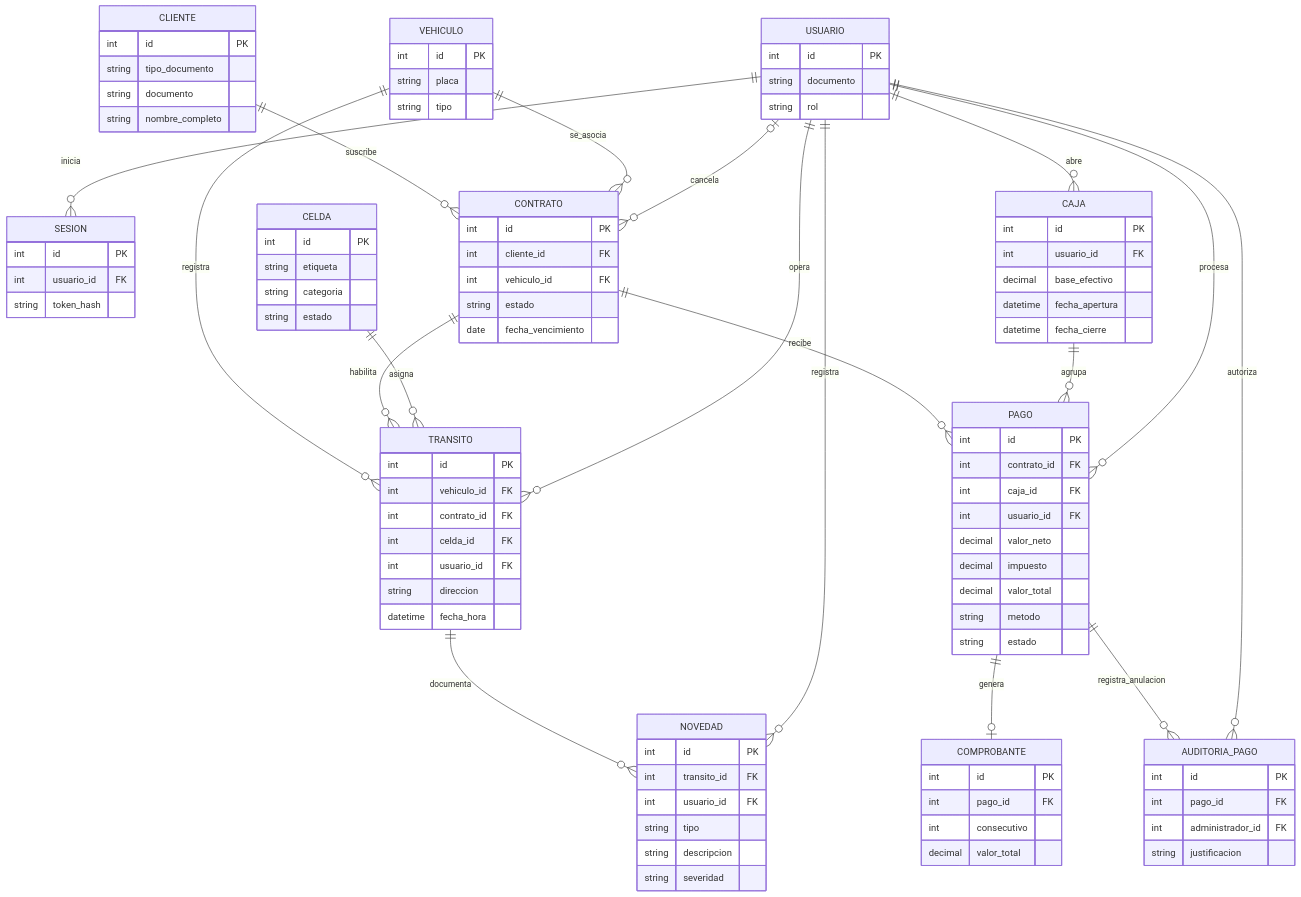
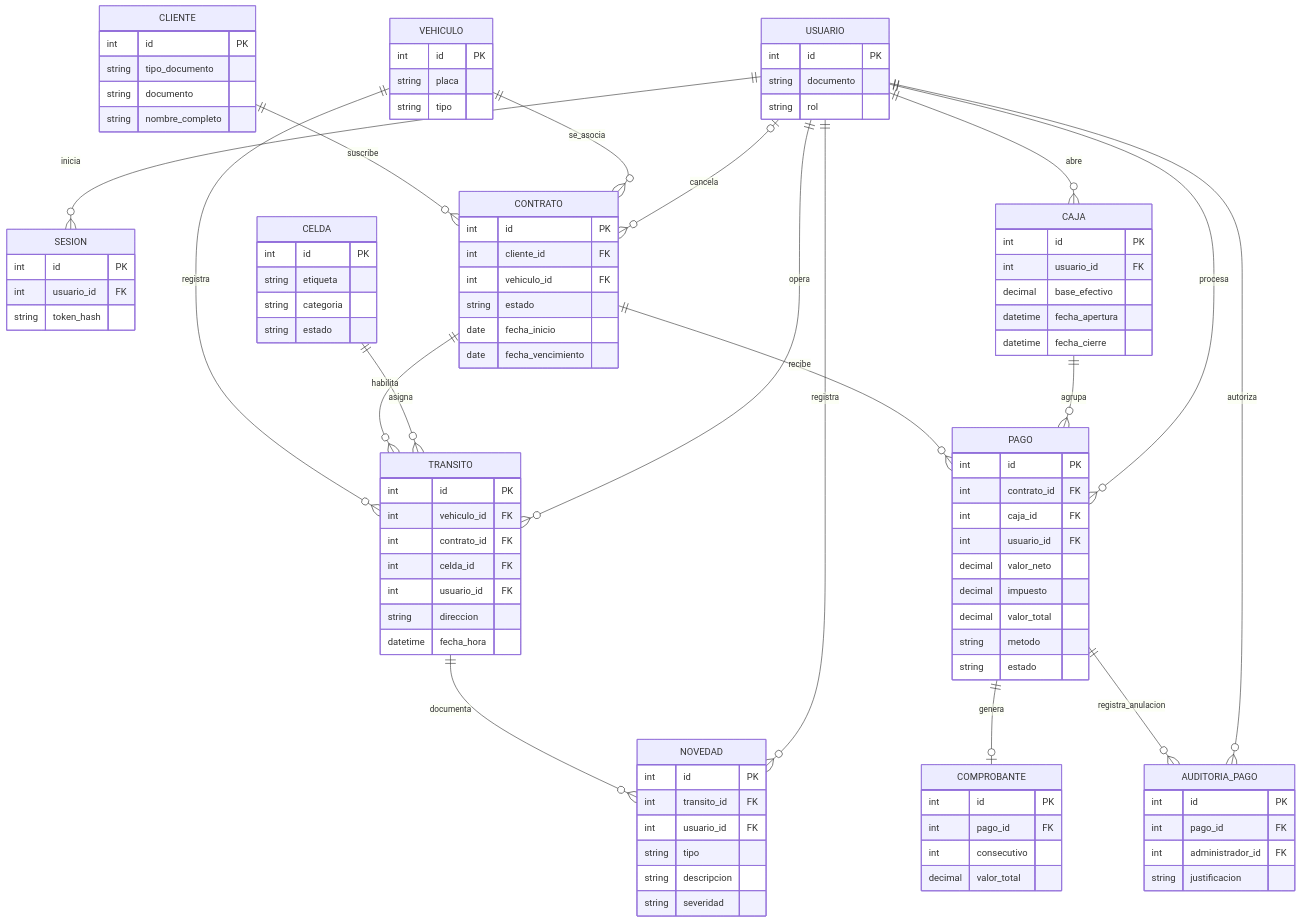
One commit to 1J3G/parqueadero-colombia changed the diagram in docs/modelos-de-datos.md. Above: the diagram before and after it, drawn with Mermaid. The commit also changed other lines of this file and 34 other files, not shown here.

Commit message:
feat: sequence contract renewal periods

```diff
--- a/docs/modelos-de-datos.md
+++ b/docs/modelos-de-datos.md
@@ -79,6 +79,7 @@
         int cliente_id FK
         int vehiculo_id FK
         string estado
+        date fecha_inicio
         date fecha_vencimiento
     }
     CELDA {
```
